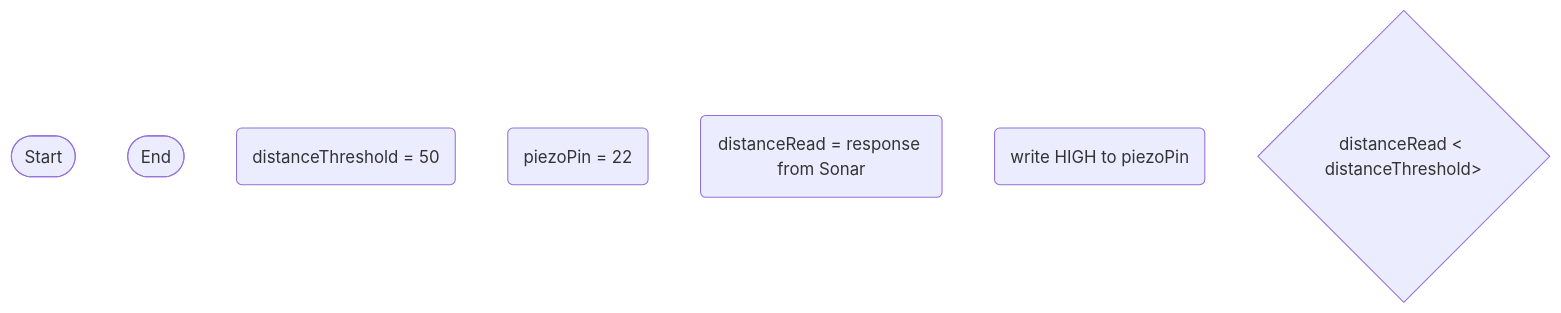
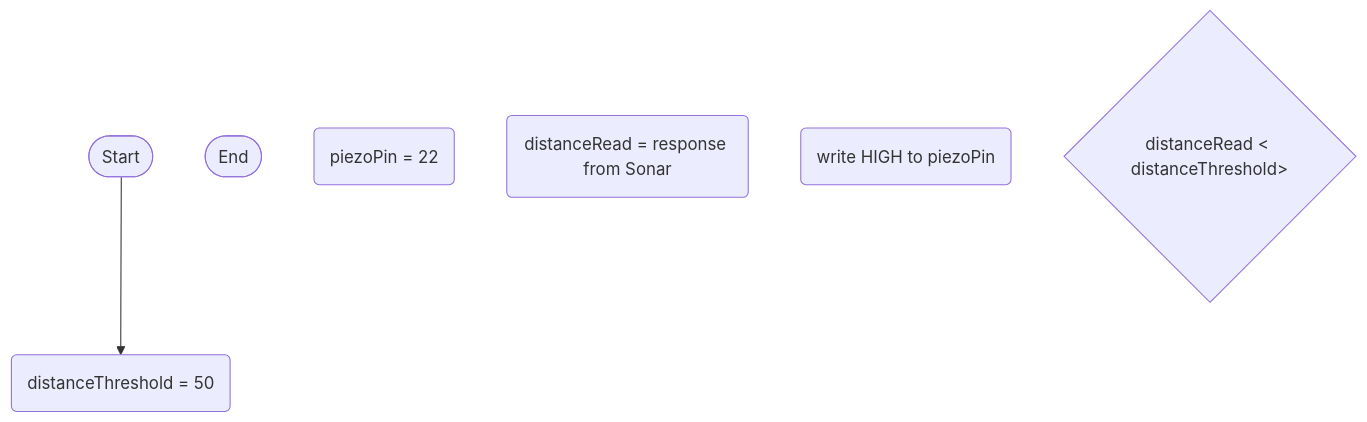
The diagram in logic-practice.md (Saxonugfd7/ElectronicsBoard), drawn with Mermaid before and after one commit.

````diff
--- a/logic-practice.md
+++ b/logic-practice.md
@@ -1,11 +1,14 @@
 ```mermaid
 flowchart TD
 terminalStart([Start])
 terminalEnd([End])
 
 thresholdSet(distanceThreshold = 50)
 setPiezoPin(piezoPin = 22)
 currentDistanceReading(distanceRead = response from Sonar)
 activatePiezo(write HIGH to piezoPin)
 ifDistanceLessThanThreshold{distanceRead < distanceThreshold>}
+
+terminalStart --> thresholdSet
+
 ```
````
